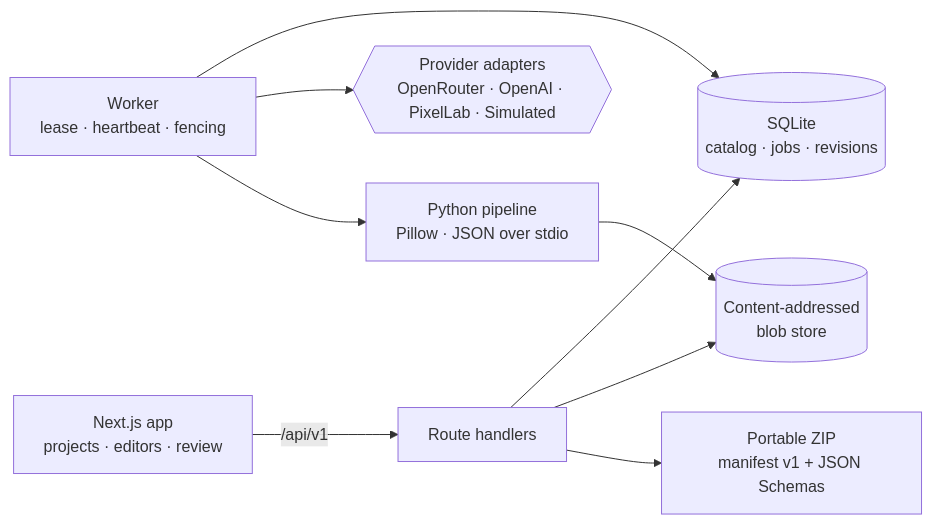
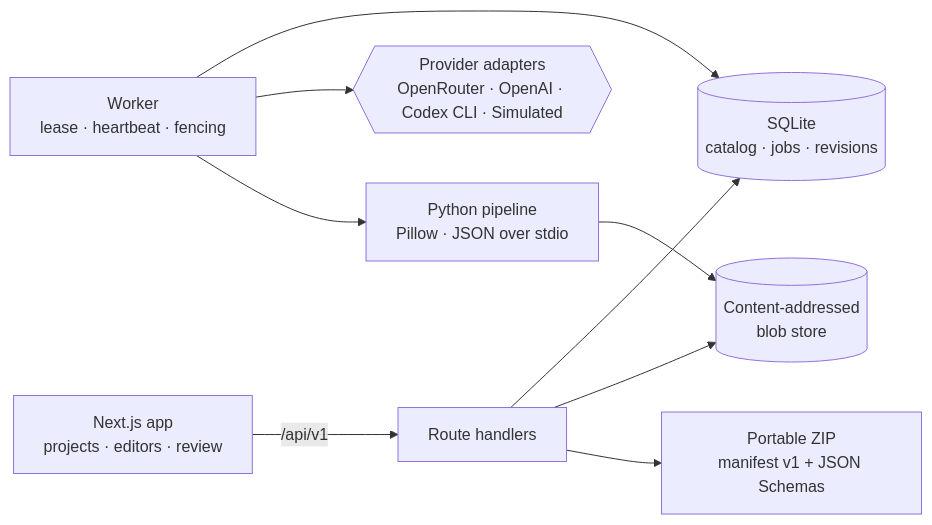
Before and after one commit to alanfrigo/pixel-studio: the diagram in README.md, drawn with Mermaid. The commit also changed other lines of this file and 223 other files, not shown here.

````diff
--- a/README.md
+++ b/README.md
@@ -275,11 +368,11 @@
 ```mermaid
 flowchart LR
   UI[Next.js app<br/>projects · editors · review] -->|/api/v1| API[Route handlers]
   API --> DB[(SQLite<br/>catalog · jobs · revisions)]
   API --> Blobs[(Content-addressed<br/>blob store)]
   Worker[Worker<br/>lease · heartbeat · fencing] --> DB
-  Worker --> Providers{{Provider adapters<br/>OpenRouter · OpenAI · PixelLab · Simulated}}
+  Worker --> Providers{{Provider adapters<br/>OpenRouter · OpenAI · Codex CLI · Simulated}}
   Worker --> Py[Python pipeline<br/>Pillow · JSON over stdio]
   Py --> Blobs
   API --> Export[Portable ZIP<br/>manifest v1 + JSON Schemas]
 ```
````
